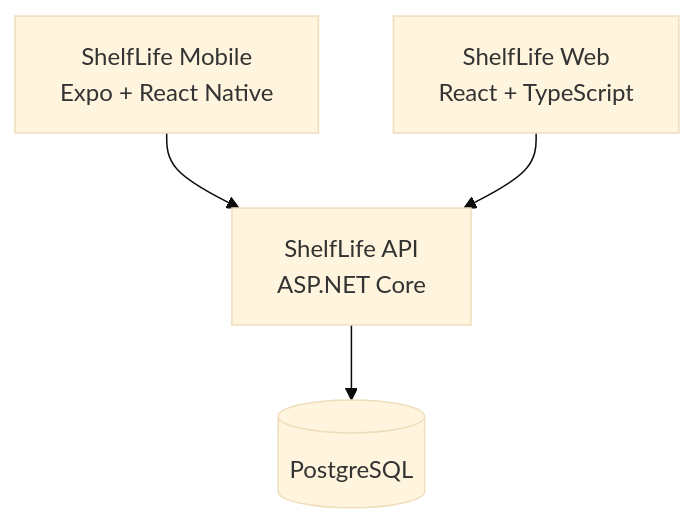
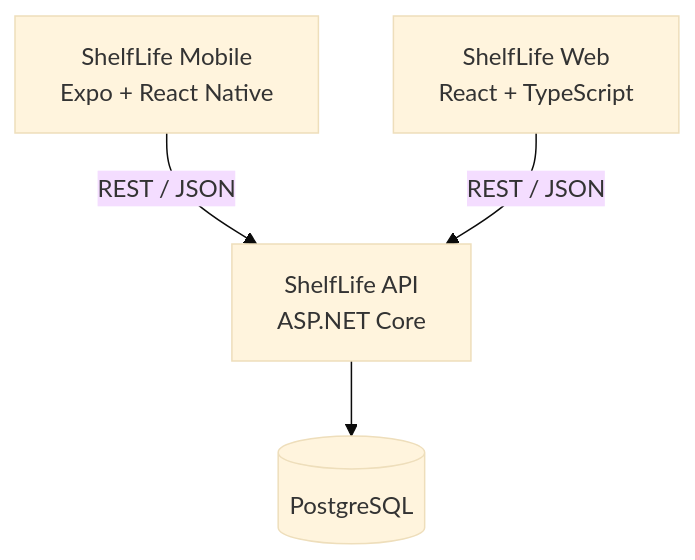
One commit to ZinhleHlongwane/ShelfLife-MobileApp changed the diagram in README.md. Above: the diagram before and after it, drawn with Mermaid (base theme). The commit also changed other lines of this file, not shown here.

Commit message:
docs: rewrite mobile README in project style

````diff
--- a/README.md
+++ b/README.md
@@ -22,6 +38,11 @@
 ```mermaid
-flowchart TD
-    Mobile["ShelfLife Mobile<br/>Expo + React Native"] --> API["ShelfLife API<br/>ASP.NET Core"]
-    Web["ShelfLife Web<br/>React + TypeScript"] --> API
-    API --> DB[("PostgreSQL")]
+flowchart TB
+    Phone["ShelfLife Mobile<br/>Expo + React Native"]
+    Browser["ShelfLife Web<br/>React + TypeScript"]
+    API["ShelfLife API<br/>ASP.NET Core"]
+    DB[("PostgreSQL")]
+
+    Phone -->|REST / JSON| API
+    Browser -->|REST / JSON| API
+    API --> DB
 ```
````
